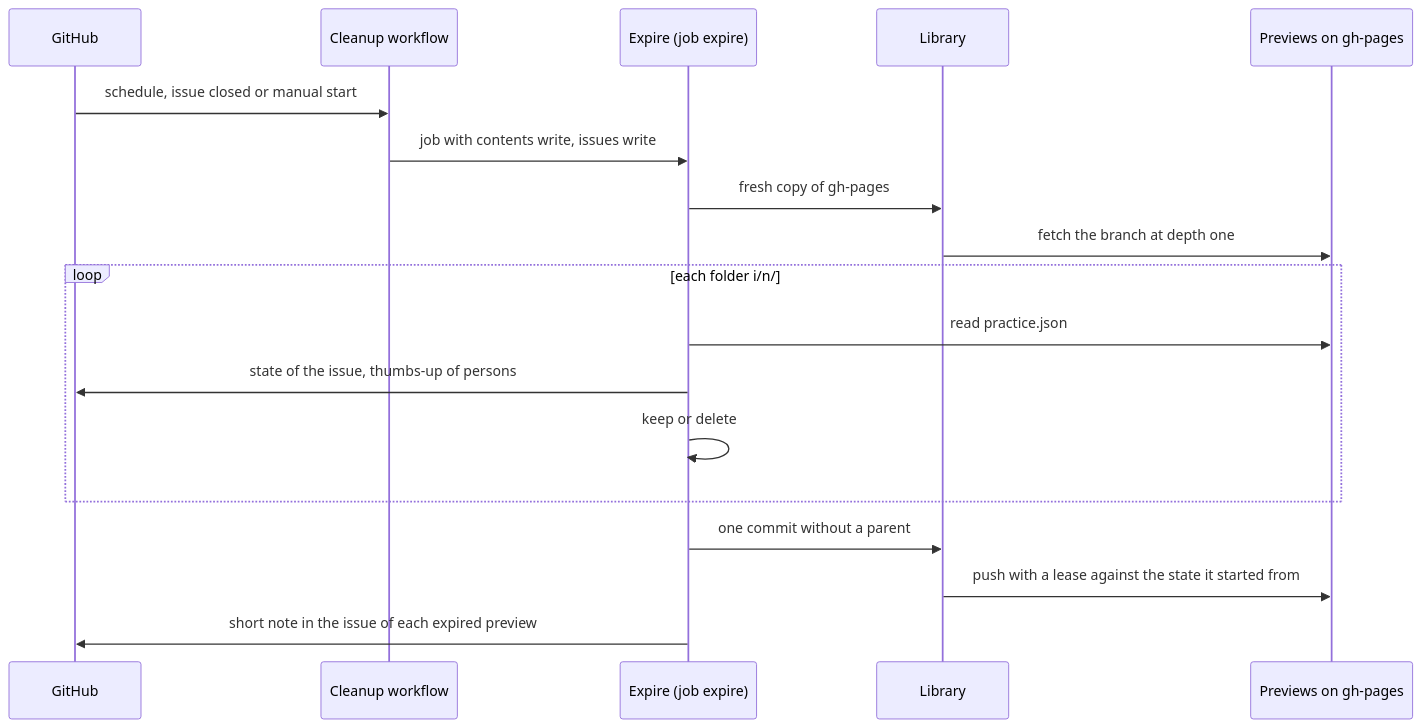
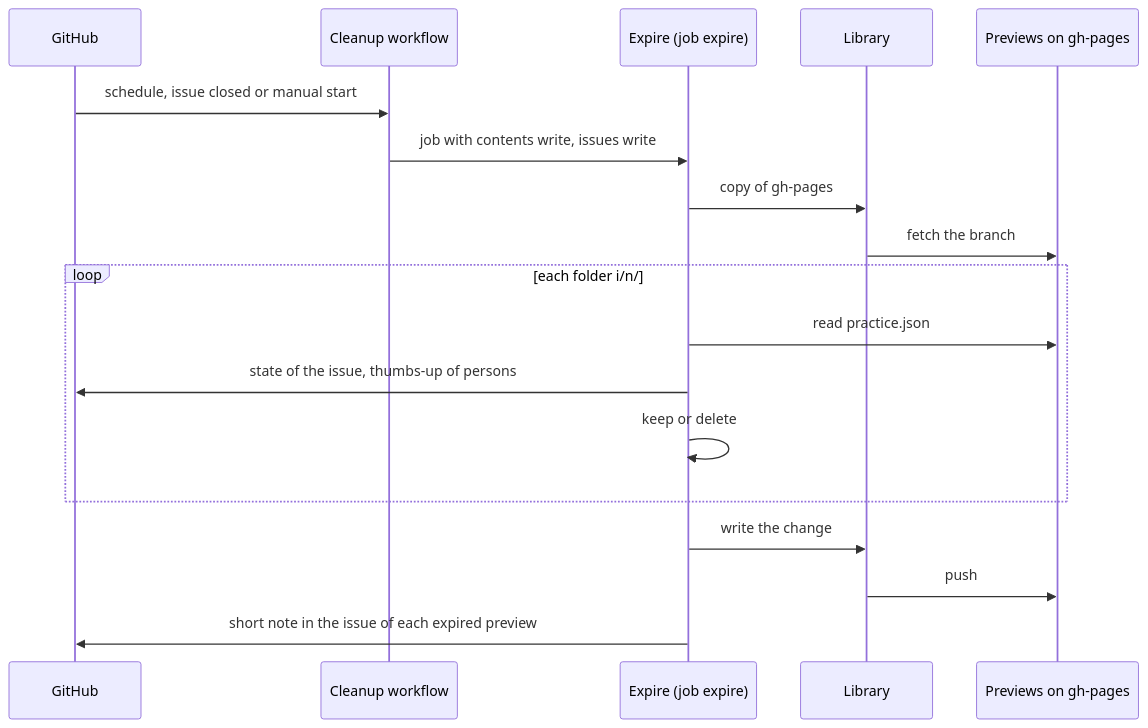
One commit to lernapps/practice changed the fourth of 6 diagrams in docs/arc42/06-runtime-view.arc42.md. Above: the diagram before and after it, drawn with Mermaid. The commit also changed other lines of this file and 12 other files, not shown here.

````diff
--- a/docs/arc42/06-runtime-view.arc42.md
+++ b/docs/arc42/06-runtime-view.arc42.md
@@ -198,20 +179,20 @@
 ```mermaid
 sequenceDiagram
     participant github as GitHub
     participant cleanup as Cleanup workflow
     participant expire as Expire (job expire)
     participant lib as Library
     participant previews as Previews on gh-pages
     github->>cleanup: schedule, issue closed or manual start
     cleanup->>expire: job with contents write, issues write
-    expire->>lib: fresh copy of gh-pages
-    lib->>previews: fetch the branch at depth one
+    expire->>lib: copy of gh-pages
+    lib->>previews: fetch the branch
     loop each folder i/n/
         expire->>previews: read practice.json
         expire->>github: state of the issue, thumbs-up of persons
         expire->>expire: keep or delete
     end
-    expire->>lib: one commit without a parent
-    lib->>previews: push with a lease against the state it started from
+    expire->>lib: write the change
+    lib->>previews: push
     expire->>github: short note in the issue of each expired preview
 ```
````
